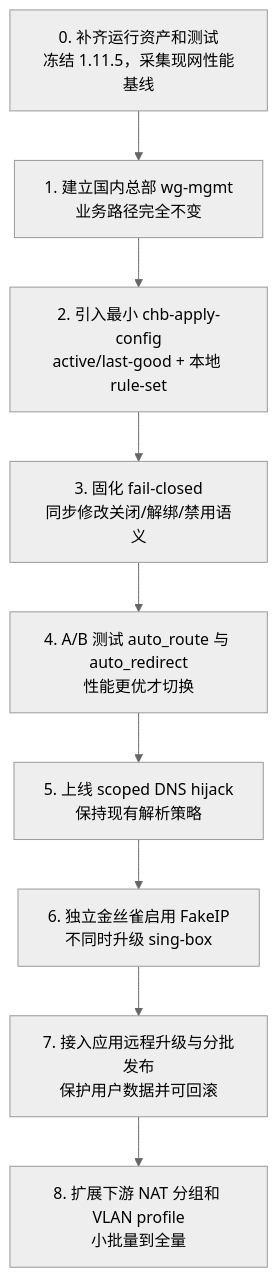
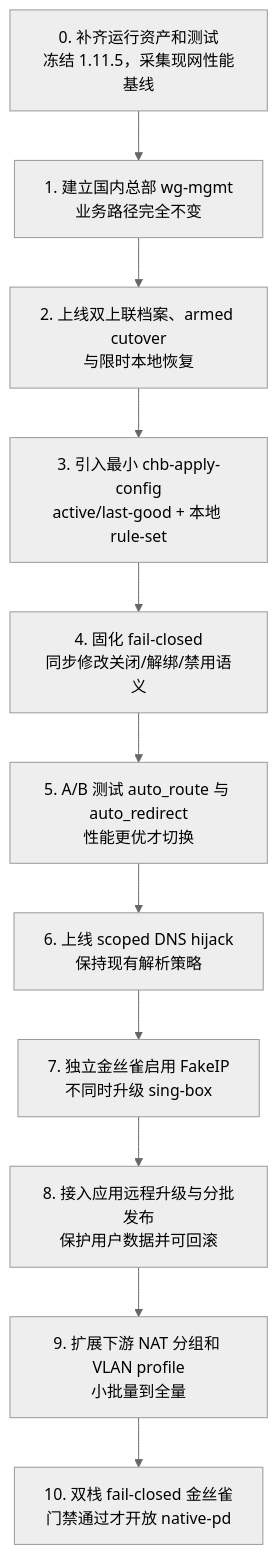
Diagram 16 of 16 in docs/superpowers/specs/2026-07-28-runtime-network-isolation-design.md (whalestore/vps-deployment-script), drawn with Mermaid (neutral theme) before and after one commit. The commit also changed other lines of this file and 1 other file, not shown here.

````diff
--- a/docs/superpowers/specs/2026-07-28-runtime-network-isolation-design.md
+++ b/docs/superpowers/specs/2026-07-28-runtime-network-isolation-design.md
@@ -833,13 +1153,15 @@
 ```mermaid
 flowchart TD
     M0["0. 补齐运行资产和测试<br/>冻结 1.11.5，采集现网性能基线"]
     M1["1. 建立国内总部 wg-mgmt<br/>业务路径完全不变"]
-    M2["2. 引入最小 chb-apply-config<br/>active/last-good + 本地 rule-set"]
-    M3["3. 固化 fail-closed<br/>同步修改关闭/解绑/禁用语义"]
-    M4["4. A/B 测试 auto_route 与 auto_redirect<br/>性能更优才切换"]
-    M5["5. 上线 scoped DNS hijack<br/>保持现有解析策略"]
-    M6["6. 独立金丝雀启用 FakeIP<br/>不同时升级 sing-box"]
-    M7["7. 接入应用远程升级与分批发布<br/>保护用户数据并可回滚"]
-    M8["8. 扩展下游 NAT 分组和 VLAN profile<br/>小批量到全量"]
-    M0 --> M1 --> M2 --> M3 --> M4 --> M5 --> M6 --> M7 --> M8
+    M2["2. 上线双上联档案、armed cutover<br/>与限时本地恢复"]
+    M3["3. 引入最小 chb-apply-config<br/>active/last-good + 本地 rule-set"]
+    M4["4. 固化 fail-closed<br/>同步修改关闭/解绑/禁用语义"]
+    M5["5. A/B 测试 auto_route 与 auto_redirect<br/>性能更优才切换"]
+    M6["6. 上线 scoped DNS hijack<br/>保持现有解析策略"]
+    M7["7. 独立金丝雀启用 FakeIP<br/>不同时升级 sing-box"]
+    M8["8. 接入应用远程升级与分批发布<br/>保护用户数据并可回滚"]
+    M9["9. 扩展下游 NAT 分组和 VLAN profile<br/>小批量到全量"]
+    M10["10. 双栈 fail-closed 金丝雀<br/>门禁通过才开放 native-pd"]
+    M0 --> M1 --> M2 --> M3 --> M4 --> M5 --> M6 --> M7 --> M8 --> M9 --> M10
 ```
````
